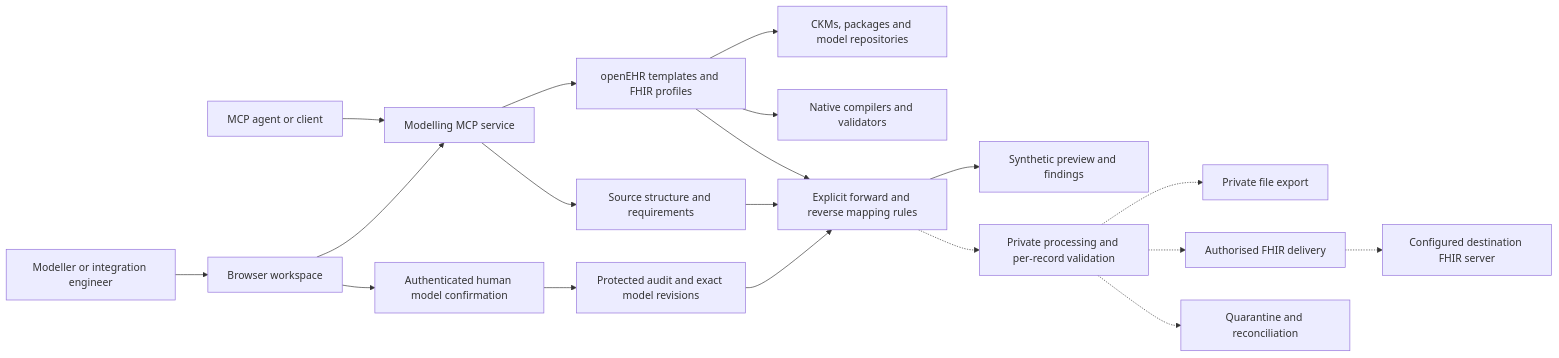
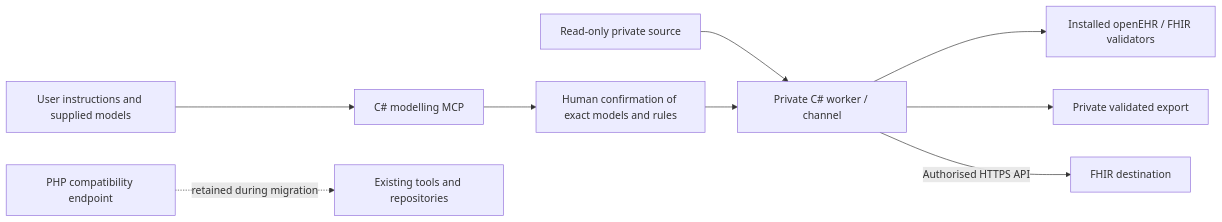
One commit to CzarMich/openehr_FHIR_Modeller changed the diagram in README.md. Above: the diagram before and after it, drawn with Mermaid. The commit also changed other lines of this file and 70 other files, not shown here.

Commit message:
feat(integration): add C# modelling core and private mapping channels

````diff
--- a/README.md
+++ b/README.md
@@ -165,21 +168,11 @@
 ```mermaid
 flowchart LR
-    User[Modeller or integration engineer] --> Browser[Browser workspace]
-    Agent[MCP agent or client] --> MCP[Modelling MCP service]
-    Browser --> MCP
-    MCP --> Sources[Source structure and requirements]
-    MCP --> Models[openEHR templates and FHIR profiles]
-    Models --> Reuse[CKMs, packages and model repositories]
-    Models --> Engines[Native compilers and validators]
-    Browser --> Review[Authenticated human model confirmation]
-    Review --> Audit[Protected audit and exact model revisions]
-    Models --> Mapping[Explicit forward and reverse mapping rules]
-    Sources --> Mapping
-    Audit --> Mapping
-    Mapping --> Preview[Synthetic preview and findings]
-    Mapping -.-> Runtime[Private processing and per-record validation]
-    Runtime -.-> Export[Private file export]
-    Runtime -.-> Delivery[Authorised FHIR delivery]
-    Delivery -.-> Destination[Configured destination FHIR server]
-    Runtime -.-> Reconcile[Quarantine and reconciliation]
+  User[User instructions and supplied models] --> MCP[C# modelling MCP]
+  MCP --> Review[Human confirmation of exact models and rules]
+  Source[Read-only private source] --> Runtime[Private C# worker / channel]
+  Review --> Runtime
+  Runtime --> Validators[Installed openEHR / FHIR validators]
+  Runtime --> Export[Private validated export]
+  Runtime -->|Authorised HTTPS API| Destination[FHIR destination]
+  Legacy[PHP compatibility endpoint] -. retained during migration .-> Existing[Existing tools and repositories]
 ```
````
